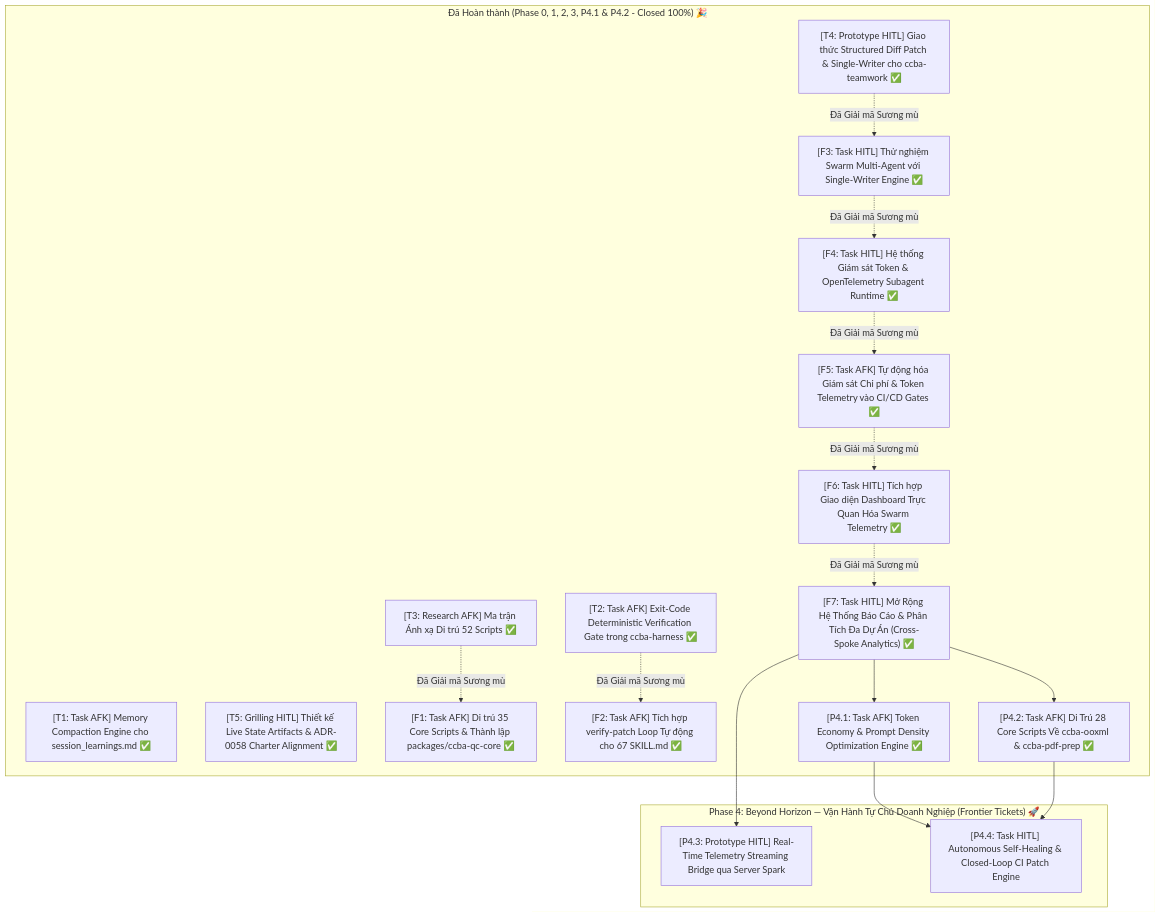
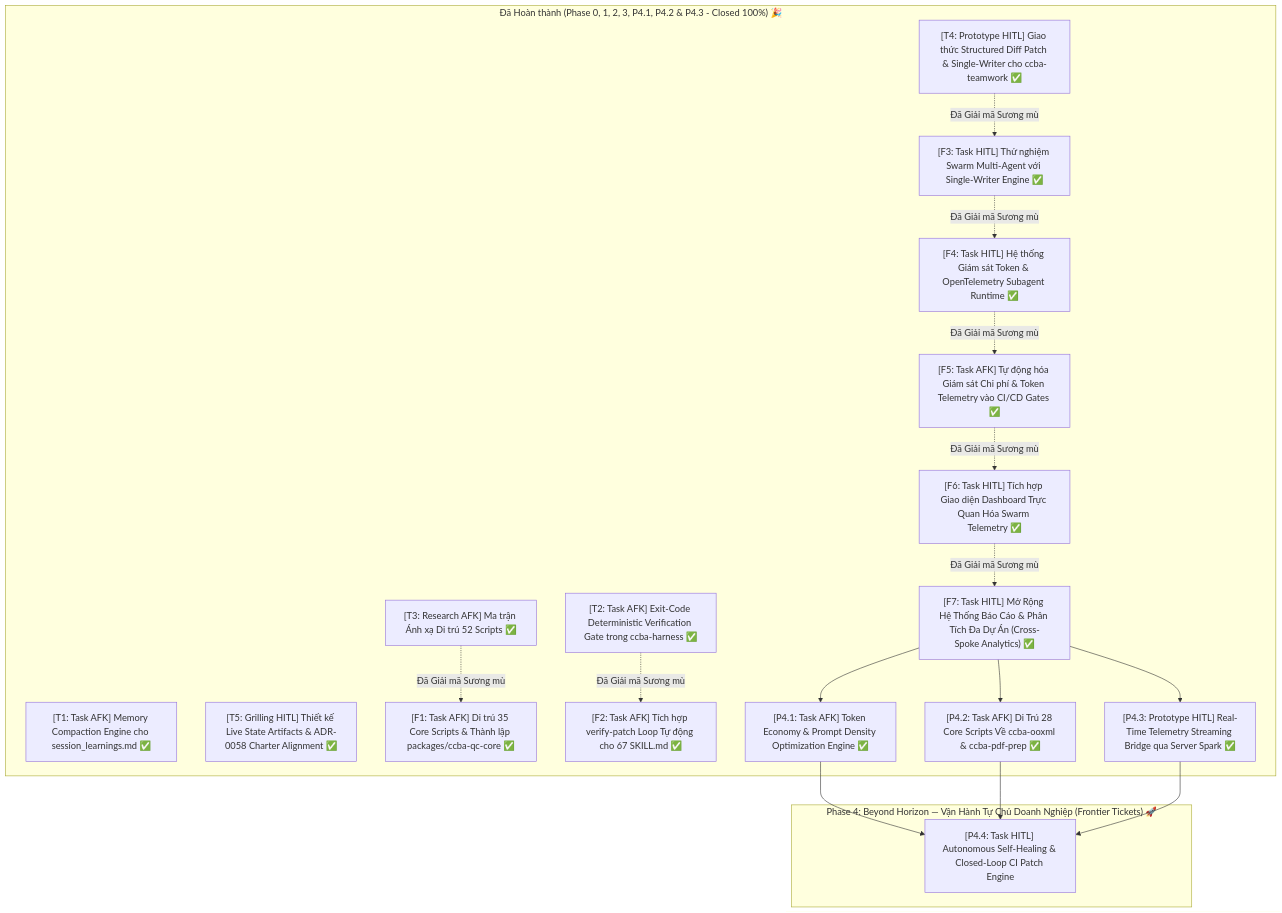
Before and after one commit to vvChu/ccba-agent-platform: the diagram in .md/wayfinder/ccba-upgrade-roadmap/map.md, drawn with Mermaid. The commit also changed other lines of this file and 5 other files, not shown here.

Commit message:
feat(telemetry): implement real-time streaming bridge to server spark with offline-first buffering

````diff
--- a/.md/wayfinder/ccba-upgrade-roadmap/map.md
+++ b/.md/wayfinder/ccba-upgrade-roadmap/map.md
@@ -150,37 +156,38 @@
 ```mermaid
 flowchart TD
-    subgraph Done ["Đã Hoàn thành (Phase 0, 1, 2, 3, P4.1 & P4.2 - Closed 100%) 🎉"]
+    subgraph Done ["Đã Hoàn thành (Phase 0, 1, 2, 3, P4.1, P4.2 & P4.3 - Closed 100%) 🎉"]
         T1["[T1: Task AFK] Memory Compaction Engine cho session_learnings.md ✅"]
         T2["[T2: Task AFK] Exit-Code Deterministic Verification Gate trong ccba-harness ✅"]
         T3["[T3: Research AFK] Ma trận Ánh xạ Di trú 52 Scripts ✅"]
         T4["[T4: Prototype HITL] Giao thức Structured Diff Patch & Single-Writer cho ccba-teamwork ✅"]
         T5["[T5: Grilling HITL] Thiết kế Live State Artifacts & ADR-0058 Charter Alignment ✅"]
         F1["[F1: Task AFK] Di trú 35 Core Scripts & Thành lập packages/ccba-qc-core ✅"]
         F2["[F2: Task AFK] Tích hợp verify-patch Loop Tự động cho 67 SKILL.md ✅"]
         F3["[F3: Task HITL] Thử nghiệm Swarm Multi-Agent với Single-Writer Engine ✅"]
         F4["[F4: Task HITL] Hệ thống Giám sát Token & OpenTelemetry Subagent Runtime ✅"]
         F5["[F5: Task AFK] Tự động hóa Giám sát Chi phí & Token Telemetry vào CI/CD Gates ✅"]
         F6["[F6: Task HITL] Tích hợp Giao diện Dashboard Trực Quan Hóa Swarm Telemetry ✅"]
         F7["[F7: Task HITL] Mở Rộng Hệ Thống Báo Cáo & Phân Tích Đa Dự Án (Cross-Spoke Analytics) ✅"]
         P4_1["[P4.1: Task AFK] Token Economy & Prompt Density Optimization Engine ✅"]
         P4_2["[P4.2: Task AFK] Di Trú 28 Core Scripts Về ccba-ooxml & ccba-pdf-prep ✅"]
+        P4_3["[P4.3: Prototype HITL] Real-Time Telemetry Streaming Bridge qua Server Spark ✅"]
     end
 
     subgraph Phase4Frontier ["Phase 4: Beyond Horizon — Vận Hành Tự Chủ Doanh Nghiệp (Frontier Tickets) 🚀"]
-        P4_3["[P4.3: Prototype HITL] Real-Time Telemetry Streaming Bridge qua Server Spark"]
         P4_4["[P4.4: Task HITL] Autonomous Self-Healing & Closed-Loop CI Patch Engine"]
     end
 
     T3 -.->|Đã Giải mã Sương mù| F1
     T2 -.->|Đã Giải mã Sương mù| F2
     T4 -.->|Đã Giải mã Sương mù| F3
     F3 -.->|Đã Giải mã Sương mù| F4
     F4 -.->|Đã Giải mã Sương mù| F5
     F5 -.->|Đã Giải mã Sương mù| F6
     F6 -.->|Đã Giải mã Sương mù| F7
     F7 --> P4_1
     F7 --> P4_2
     F7 --> P4_3
     P4_1 --> P4_4
     P4_2 --> P4_4
+    P4_3 --> P4_4
 ```
````
